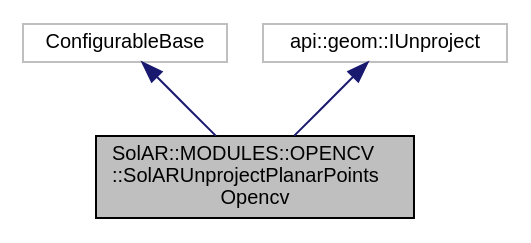
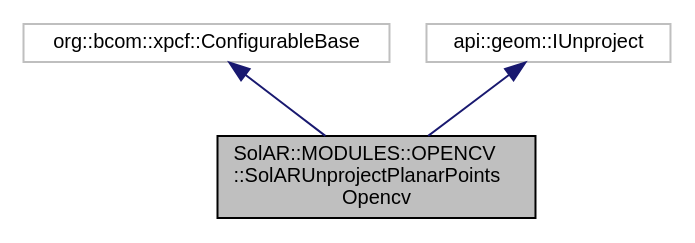
Before and after one commit to SolarFramework/solarframework.github.io: the diagram in api_module_documentation/class_sol_a_r_1_1_m_o_d_u_l_e_s_1_1_o_p_e_n_c_v_1_1_sol_a_r_unproject_planar_points_opencv__inherit__graph.dot, drawn with Graphviz. The commit also changed 784 other files, not shown here.

```diff
--- a/api_module_documentation/class_sol_a_r_1_1_m_o_d_u_l_e_s_1_1_o_p_e_n_c_v_1_1_sol_a_r_unproject_planar_points_opencv__inherit__graph.dot
+++ b/api_module_documentation/class_sol_a_r_1_1_m_o_d_u_l_e_s_1_1_o_p_e_n_c_v_1_1_sol_a_r_unproject_planar_points_opencv__inherit__graph.dot
@@ -1,10 +1,11 @@
 digraph "SolAR::MODULES::OPENCV::SolARUnprojectPlanarPointsOpencv"
 {
+ // LATEX_PDF_SIZE
   edge [fontname="Helvetica",fontsize="10",labelfontname="Helvetica",labelfontsize="10"];
   node [fontname="Helvetica",fontsize="10",shape=record];
-  Node0 [label="SolAR::MODULES::OPENCV\l::SolARUnprojectPlanarPoints\lOpencv",height=0.2,width=0.4,color="black", fillcolor="grey75", style="filled", fontcolor="black"];
-  Node1 -> Node0 [dir="back",color="midnightblue",fontsize="10",style="solid",fontname="Helvetica"];
-  Node1 [label="ConfigurableBase",height=0.2,width=0.4,color="grey75", fillcolor="white", style="filled"];
-  Node2 -> Node0 [dir="back",color="midnightblue",fontsize="10",style="solid",fontname="Helvetica"];
-  Node2 [label="api::geom::IUnproject",height=0.2,width=0.4,color="grey75", fillcolor="white", style="filled"];
+  Node1 [label="SolAR::MODULES::OPENCV\l::SolARUnprojectPlanarPoints\lOpencv",height=0.2,width=0.4,color="black", fillcolor="grey75", style="filled", fontcolor="black",tooltip="Recovers 3D points defined in world coordinate system from a set of 2D points defined in the image co..."];
+  Node2 -> Node1 [dir="back",color="midnightblue",fontsize="10",style="solid",fontname="Helvetica"];
+  Node2 [label="org::bcom::xpcf::ConfigurableBase",height=0.2,width=0.4,color="grey75", fillcolor="white", style="filled",tooltip=" "];
+  Node3 -> Node1 [dir="back",color="midnightblue",fontsize="10",style="solid",fontname="Helvetica"];
+  Node3 [label="api::geom::IUnproject",height=0.2,width=0.4,color="grey75", fillcolor="white", style="filled",tooltip=" "];
 }
```
